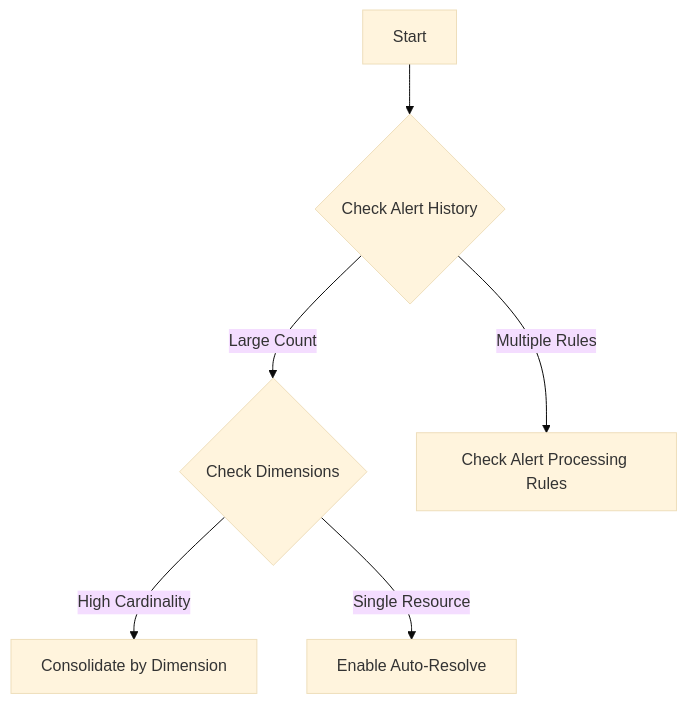
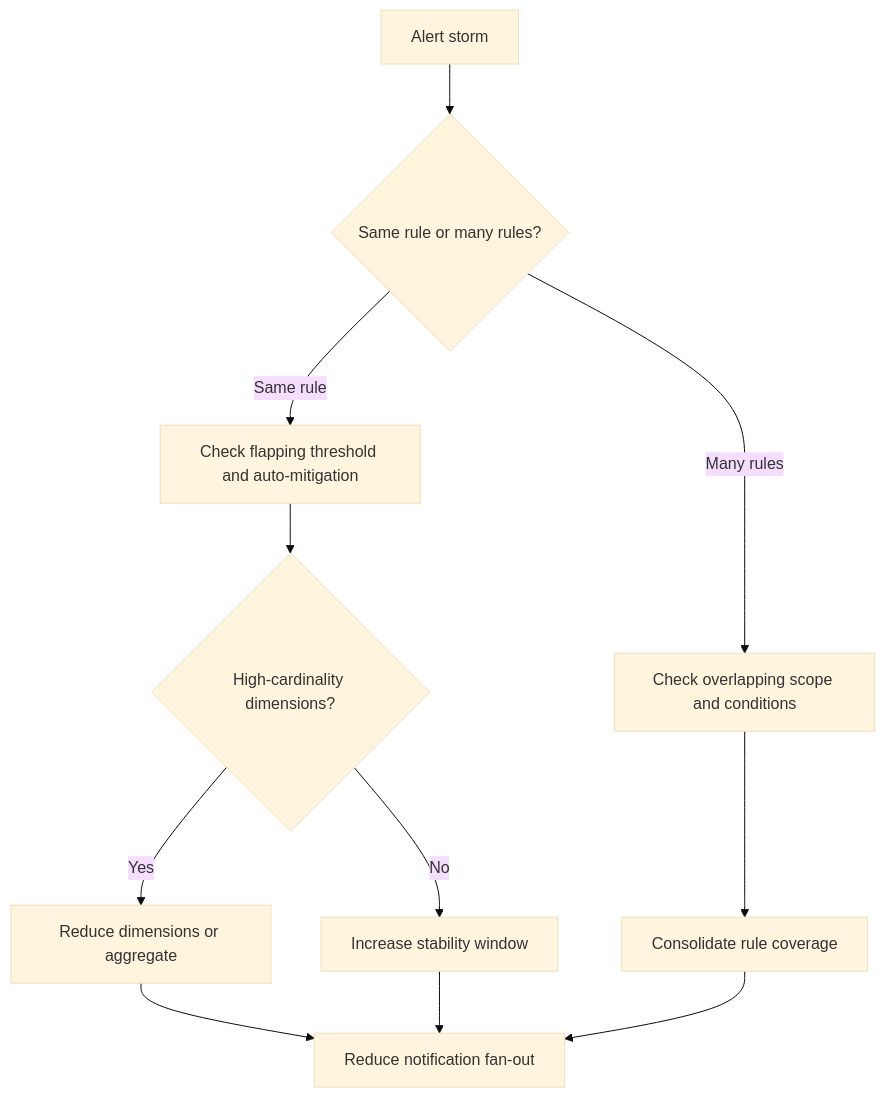
One commit to yeongseon/azure-monitoring-practical-guide changed the diagram in docs/troubleshooting/playbooks/alert-storm.md. Above: the diagram before and after it, drawn with Mermaid (base theme). The commit also changed other lines of this file and 50 other files, not shown here.

````diff
--- a/docs/troubleshooting/playbooks/alert-storm.md
+++ b/docs/troubleshooting/playbooks/alert-storm.md
@@ -17,8 +18,13 @@
 ```mermaid
 flowchart TD
-    A[Start] --> B{Check Alert History}
-    B -->|Large Count| C{Check Dimensions}
-    C -->|High Cardinality| D[Consolidate by Dimension]
-    C -->|Single Resource| E[Enable Auto-Resolve]
-    B -->|Multiple Rules| F[Check Alert Processing Rules]
+    A[Alert storm] --> B{Same rule or many rules?}
+    B -->|Same rule| C[Check flapping threshold and auto-mitigation]
+    B -->|Many rules| D[Check overlapping scope and conditions]
+    C --> E{High-cardinality dimensions?}
+    E -->|Yes| F[Reduce dimensions or aggregate]
+    E -->|No| G[Increase stability window]
+    D --> H[Consolidate rule coverage]
+    F --> I[Reduce notification fan-out]
+    G --> I
+    H --> I
 ```
````
